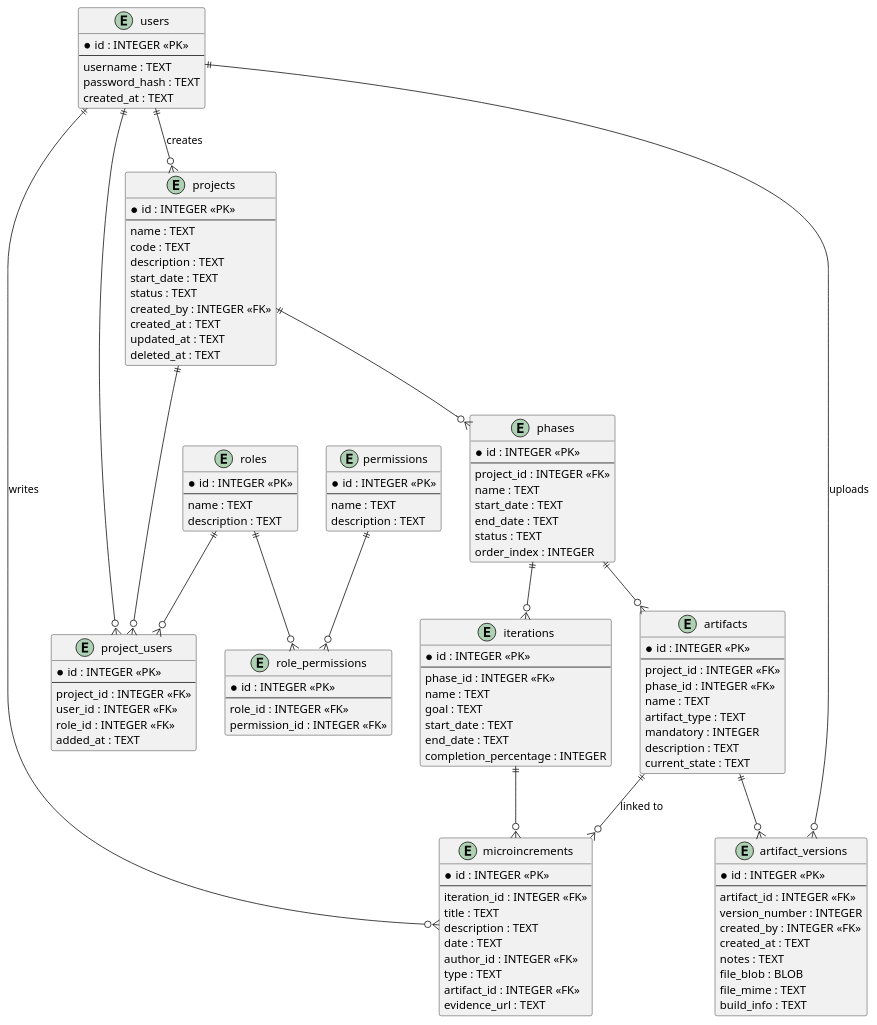
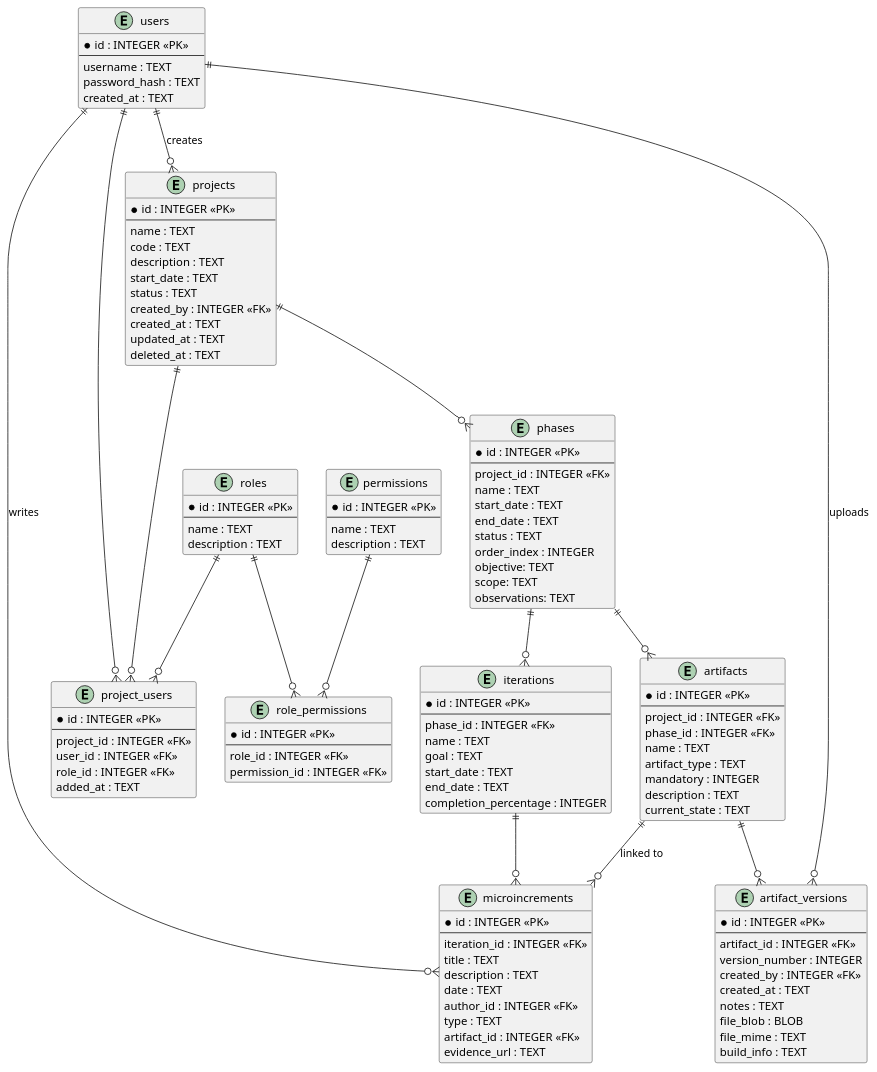
One commit to metodologias-dos/openup-manager changed the diagram in OpenUpMan.Data/Docs/DB.puml. Above: the diagram before and after it, drawn with PlantUML. The commit also changed 100 other files, not shown here.

```diff
--- a/OpenUpMan.Data/Docs/DB.puml
+++ b/OpenUpMan.Data/Docs/DB.puml
@@ -1,155 +1,158 @@
 @startuml
 
 entity users {
     * id : INTEGER <<PK>>
     --
     username : TEXT
     password_hash : TEXT
     created_at : TEXT
 }
 
 entity roles {
     * id : INTEGER <<PK>>
     --
     name : TEXT
     description : TEXT
 }
 
 entity permissions {
     * id : INTEGER <<PK>>
     --
     name : TEXT
     description : TEXT
 }
 
 entity role_permissions {
     * id : INTEGER <<PK>>
     --
     role_id : INTEGER <<FK>>
     permission_id : INTEGER <<FK>>
 }
 
 entity projects {
     * id : INTEGER <<PK>>
     --
     name : TEXT
     code : TEXT
     description : TEXT
     start_date : TEXT
     status : TEXT
     created_by : INTEGER <<FK>>
     created_at : TEXT
     updated_at : TEXT
     deleted_at : TEXT
 }
 
 entity project_users {
     * id : INTEGER <<PK>>
     --
     project_id : INTEGER <<FK>>
     user_id : INTEGER <<FK>>
     role_id : INTEGER <<FK>>
     added_at : TEXT
 }
 
 entity phases {
     * id : INTEGER <<PK>>
     --
     project_id : INTEGER <<FK>>
     name : TEXT
     start_date : TEXT
     end_date : TEXT
     status : TEXT
     order_index : INTEGER
+    objective: TEXT
+    scope: TEXT
+    observations: TEXT
 }
 
 entity iterations {
     * id : INTEGER <<PK>>
     --
     phase_id : INTEGER <<FK>>
     name : TEXT
     goal : TEXT
     start_date : TEXT
     end_date : TEXT
     completion_percentage : INTEGER
 }
 
 entity microincrements {
     * id : INTEGER <<PK>>
     --
     iteration_id : INTEGER <<FK>>
     title : TEXT
     description : TEXT
     date : TEXT
     author_id : INTEGER <<FK>>
     type : TEXT
     artifact_id : INTEGER <<FK>>
     evidence_url : TEXT
 }
 
 entity artifacts {
     * id : INTEGER <<PK>>
     --
     project_id : INTEGER <<FK>>
     phase_id : INTEGER <<FK>>
     name : TEXT
     artifact_type : TEXT
     mandatory : INTEGER
     description : TEXT
     current_state : TEXT
 }
 
 entity artifact_versions {
     * id : INTEGER <<PK>>
     --
     artifact_id : INTEGER <<FK>>
     version_number : INTEGER
     created_by : INTEGER <<FK>>
     created_at : TEXT
     notes : TEXT
     file_blob : BLOB
     file_mime : TEXT
     build_info : TEXT
 }
 
 ' ------------------------
 ' RELACIONES
 ' ------------------------
 
 ' Users ↔ Projects (created_by)
 users ||--o{ projects : "creates"
 
 ' Many-to-many: Roles ↔ Permissions
 roles ||--o{ role_permissions
 permissions ||--o{ role_permissions
 
 ' Project ↔ Users (with role)
 projects ||---o{ project_users
 users ||--o{ project_users
 roles ||--o{ project_users
 
 ' Project → Phases
 projects ||--o{ phases
 
 ' Phase → Iterations
 phases ||--o{ iterations
 
 ' Iteration → Microincrements
 iterations ||--o{ microincrements
 
 ' Users → Microincrements (author)
 users ||--o{ microincrements : "writes"
 
 ' Microincrement → Artifact (optional)
 artifacts ||--o{ microincrements : "linked to"
 
 ' Project/Phase → Artifacts
 phases ||--o{ artifacts
 
 ' Artifact → Versions
 artifacts ||--o{ artifact_versions
 
 ' Users → Artifact Versions
 users ||--o{ artifact_versions : "uploads"
 
 @enduml
```
